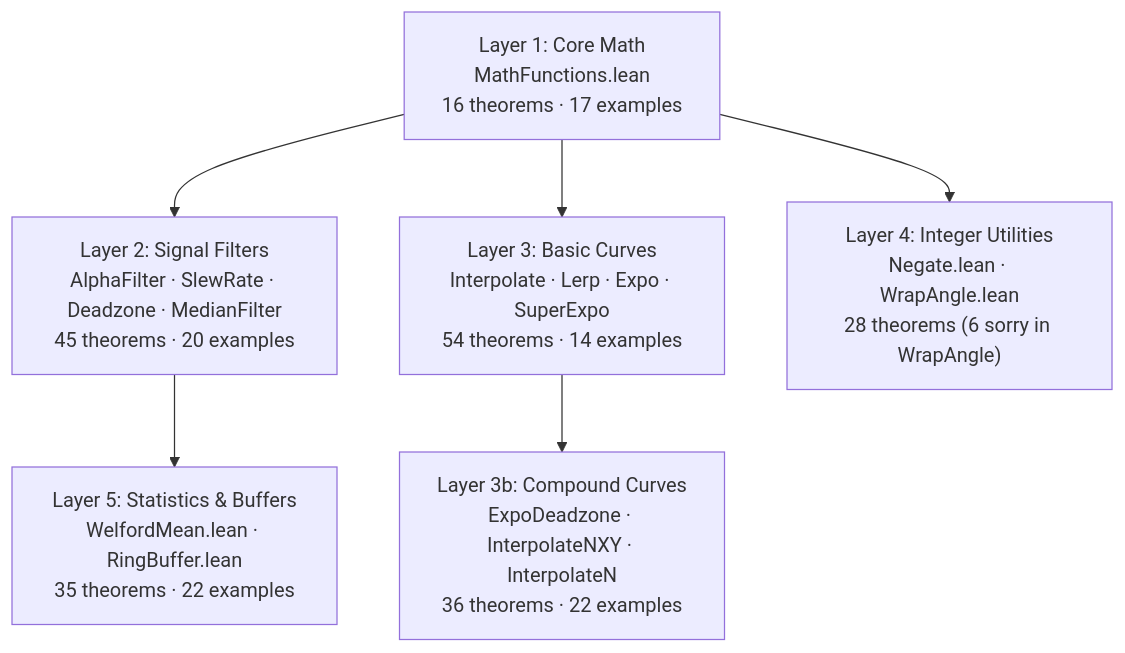
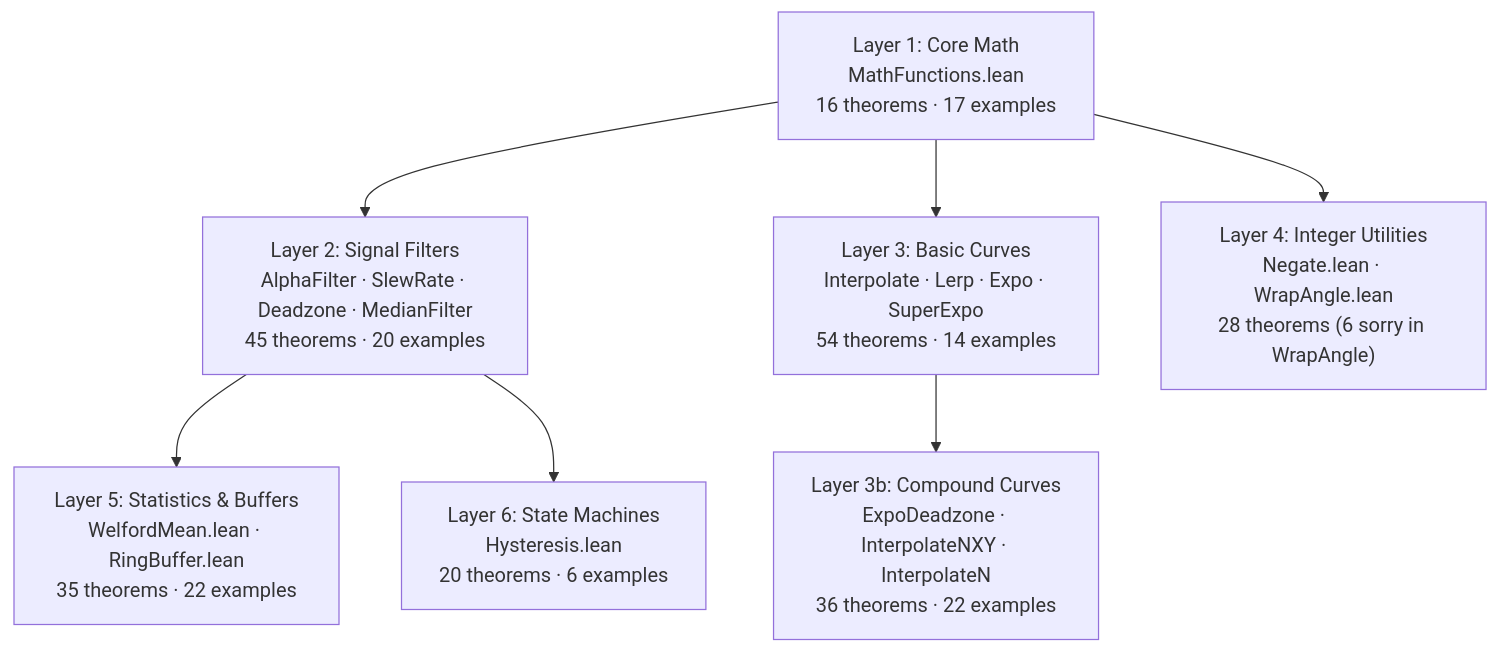
One commit to dsyme/PX4-Autopilot changed the first of 13 diagrams in formal-verification/REPORT.md. Above: the diagram before and after it, drawn with Mermaid. The commit also changed other lines of this file and 3 other files, not shown here.

First line of the commit message:
feat(formal-verification): Hysteresis.lean (20 theorems, 0 sorry); update REPORT.md to 234 theorems (run43)

````diff
--- a/formal-verification/REPORT.md
+++ b/formal-verification/REPORT.md
@@ -34,14 +35,16 @@
 ```mermaid
 graph TD
     L1["Layer 1: Core Math<br/>MathFunctions.lean<br/>16 theorems · 17 examples"]
     L2a["Layer 2: Signal Filters<br/>AlphaFilter · SlewRate · Deadzone · MedianFilter<br/>45 theorems · 20 examples"]
     L2b["Layer 3: Basic Curves<br/>Interpolate · Lerp · Expo · SuperExpo<br/>54 theorems · 14 examples"]
     L2c["Layer 3b: Compound Curves<br/>ExpoDeadzone · InterpolateNXY · InterpolateN<br/>36 theorems · 22 examples"]
     L4["Layer 4: Integer Utilities<br/>Negate.lean · WrapAngle.lean<br/>28 theorems (6 sorry in WrapAngle)"]
     L5["Layer 5: Statistics & Buffers<br/>WelfordMean.lean · RingBuffer.lean<br/>35 theorems · 22 examples"]
+    L6["Layer 6: State Machines<br/>Hysteresis.lean<br/>20 theorems · 6 examples"]
     L1 --> L2a
     L1 --> L2b
     L2b --> L2c
     L1 --> L4
     L2a --> L5
+    L2a --> L6
 ```
````
